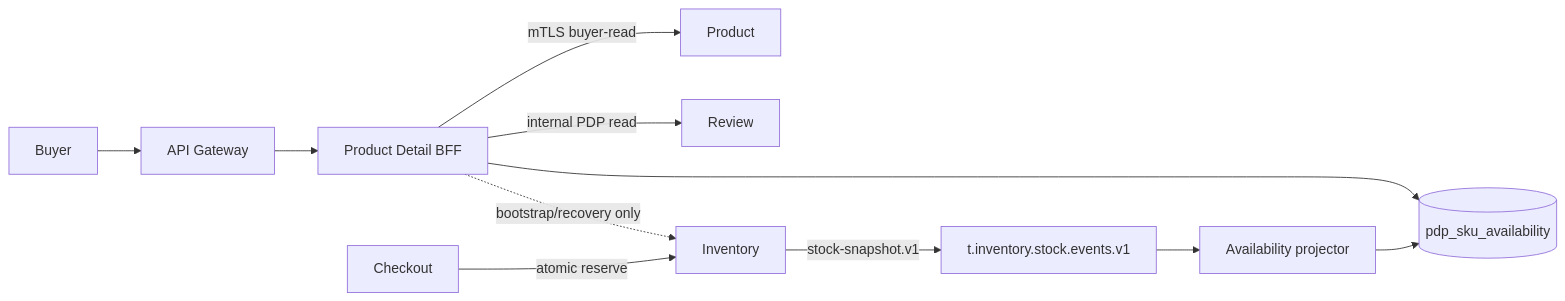
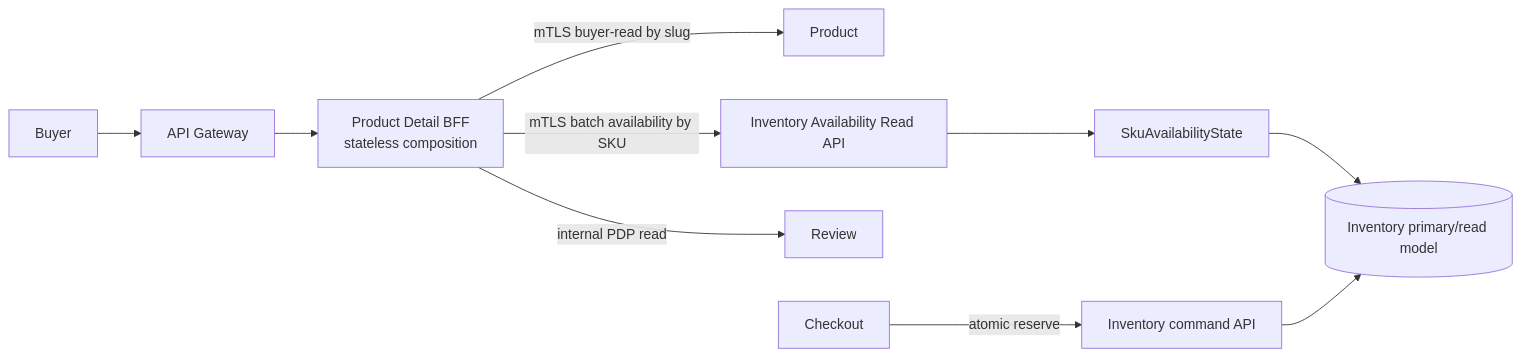
The diagram in docs/product-detail-bff/architecture.md (quangdung2110/e-commerce-microservices), drawn with Mermaid before and after one commit. The commit also changed other lines of this file and 25 other files, not shown here.

First line of the commit message:
docs(product-detail-bff): adopt stateless inventory reads

````diff
--- a/docs/product-detail-bff/architecture.md
+++ b/docs/product-detail-bff/architecture.md
@@ -17,13 +12,12 @@
 ```mermaid
 flowchart LR
   B[Buyer] --> G[API Gateway]
-  G --> BFF[Product Detail BFF]
-  BFF -->|mTLS buyer-read| P[Product]
-  BFF --> PG[(pdp_sku_availability)]
+  G --> BFF[Product Detail BFF\nstateless composition]
+  BFF -->|mTLS buyer-read by slug| P[Product]
+  BFF -->|mTLS batch availability by SKU| IQ[Inventory Availability Read API]
   BFF -->|internal PDP read| R[Review]
-  I[Inventory] -->|stock-snapshot.v1| K[t.inventory.stock.events.v1]
-  K --> W[Availability projector]
-  W --> PG
-  BFF -.bootstrap/recovery only.-> I
-  CO[Checkout] -->|atomic reserve| I
+  IQ --> AS[SkuAvailabilityState]
+  AS --> IDB[(Inventory primary/read model)]
+  CO[Checkout] -->|atomic reserve| I[Inventory command API]
+  I --> IDB
 ```
````
